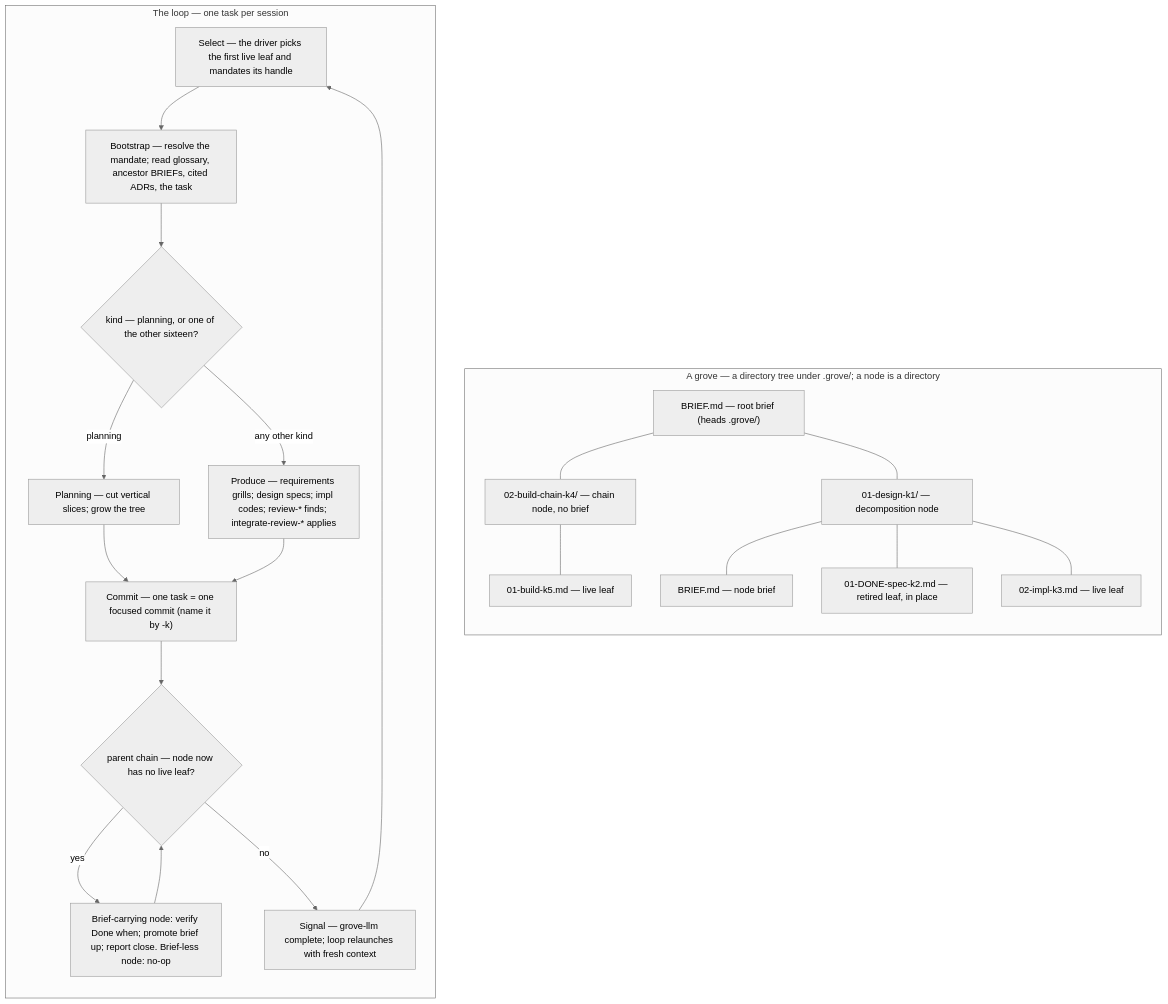
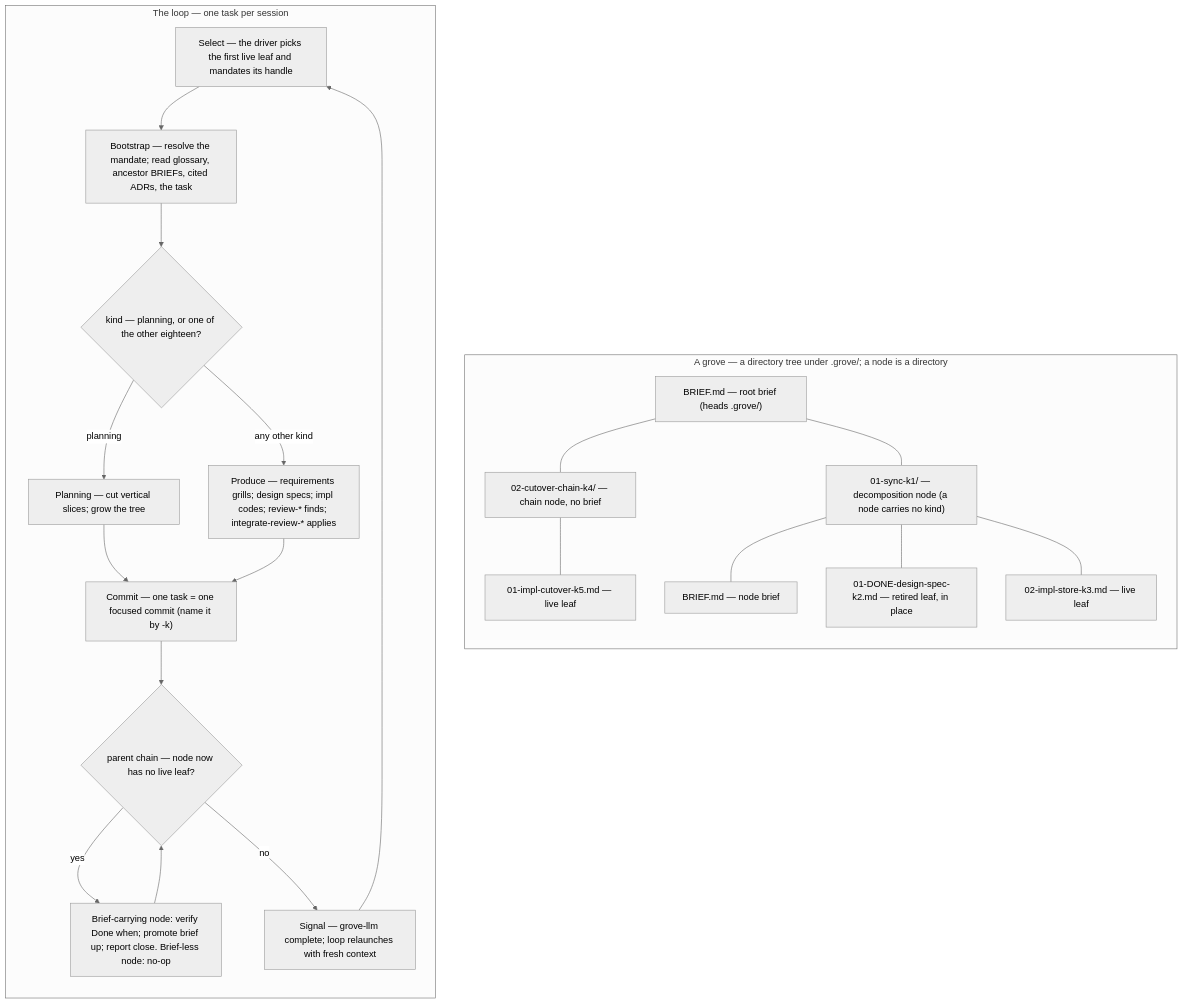
Before and after one commit to Linkuistics/grove: the diagram in content/SKILL.md, drawn with Mermaid (neutral theme). The commit also changed other lines of this file and 6 other files, not shown here.

````diff
--- a/content/SKILL.md
+++ b/content/SKILL.md
@@ -13,37 +13,37 @@
 ```mermaid
 flowchart TD
   subgraph tree["A grove — a directory tree under .grove/; a node is a directory"]
     direction TB
     root["BRIEF.md — root brief (heads .grove/)"]
-    n1["01-design-k1/ — decomposition node"]
+    n1["01-sync-k1/ — decomposition node (a node carries no kind)"]
     nb1["BRIEF.md — node brief"]
-    l1["01-DONE-spec-k2.md — retired leaf, in place"]
-    l2["02-impl-k3.md — live leaf"]
-    n2["02-build-chain-k4/ — chain node, no brief"]
-    c1["01-build-k5.md — live leaf"]
+    l1["01-DONE-design-spec-k2.md — retired leaf, in place"]
+    l2["02-impl-store-k3.md — live leaf"]
+    n2["02-cutover-chain-k4/ — chain node, no brief"]
+    c1["01-impl-cutover-k5.md — live leaf"]
     root --- n1
     root --- n2
     n2 --- c1
     n1 --- nb1
     n1 --- l1
     n1 --- l2
   end
   subgraph loop["The loop — one task per session"]
     direction TB
     pick["Select — the driver picks the first live leaf and mandates its handle"]
     boot["Bootstrap — resolve the mandate; read glossary, ancestor BRIEFs, cited ADRs, the task"]
-    exec{"kind — planning, or one of the other sixteen?"}
+    exec{"kind — planning, or one of the other eighteen?"}
     plan["Planning — cut vertical slices; grow the tree"]
     work["Produce — requirements grills; design specs; impl codes; review-* finds; integrate-review-* applies"]
     commit["Commit — one task = one focused commit (name it by <slug>-k<key>)"]
     retire{"parent chain — node now has no live leaf?"}
     ret["Brief-carrying node: verify Done when; promote brief up; report close. Brief-less node: no-op"]
     signal["Signal — grove-llm complete; loop relaunches with fresh context"]
     pick --> boot --> exec
     exec -->|planning| plan --> commit
     exec -->|any other kind| work --> commit
     commit --> retire
     retire -->|yes| ret --> retire
     retire -->|no| signal --> pick
   end
 ```
````
